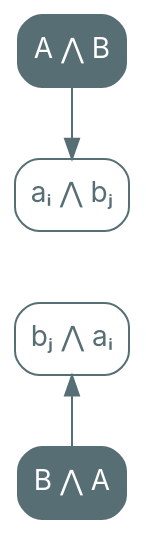
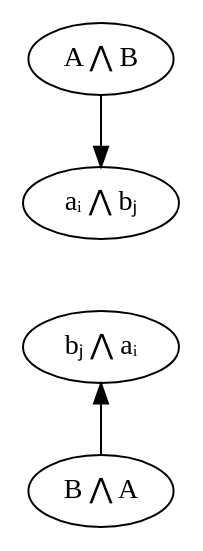
One commit to nrinaudo/far-more-adt changed the diagram in src/graphviz/a_and_b_andba.dot. Above: the diagram before and after it, drawn with Graphviz. The commit also changed 70 other files, not shown here.

Commit message:
Use graphviz stylesheets

```diff
--- a/src/graphviz/a_and_b_andba.dot
+++ b/src/graphviz/a_and_b_andba.dot
@@ -1,20 +1,14 @@
 digraph {
-    bgcolor=transparent
-
-    // Default theme: enabled
-    node[shape="rectangle" style="rounded,filled" color="#586E75" fillcolor="#586E75" fontcolor="#ffffff" fontname="Inter,Arial"]
-    edge [color="#586E75" fontcolor="#000000" fontname="Inter,Arial" fontsize=11]
-
     AandB[label="A ⋀ B"]
-    AndAB[label="aᵢ ⋀ bⱼ" fillcolor="#ffffff" fontcolor="#586E75"]
+    AndAB[label="aᵢ ⋀ bⱼ" class="value"]
 
     AandB -> AndAB
 
     BandA[label="B ⋀ A"]
-    AndBA[label="bⱼ ⋀ aᵢ" fillcolor="#ffffff" fontcolor="#586E75"]
+    AndBA[label="bⱼ ⋀ aᵢ" class="value"]
 
     AndBA -> BandA[dir=back]
 
     AndAB -> AndBA[style=invis]
     AndBA -> AndAB[style=invis]
 }
```
